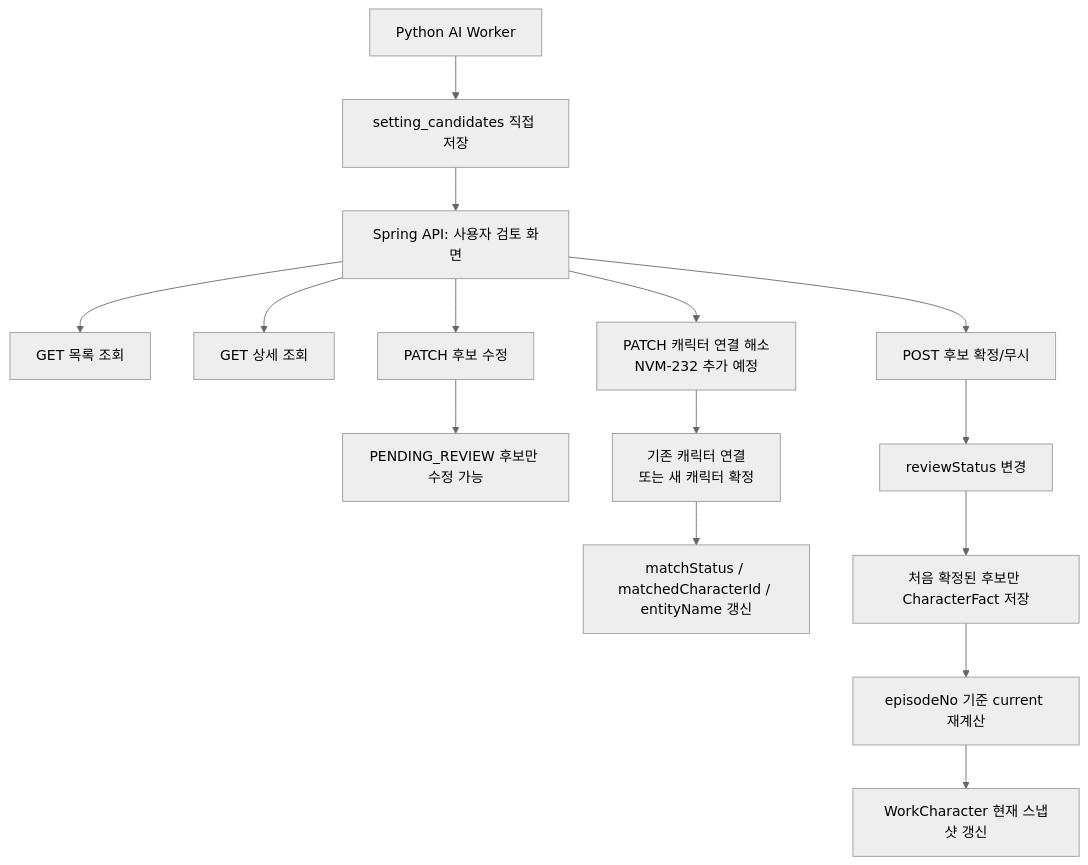
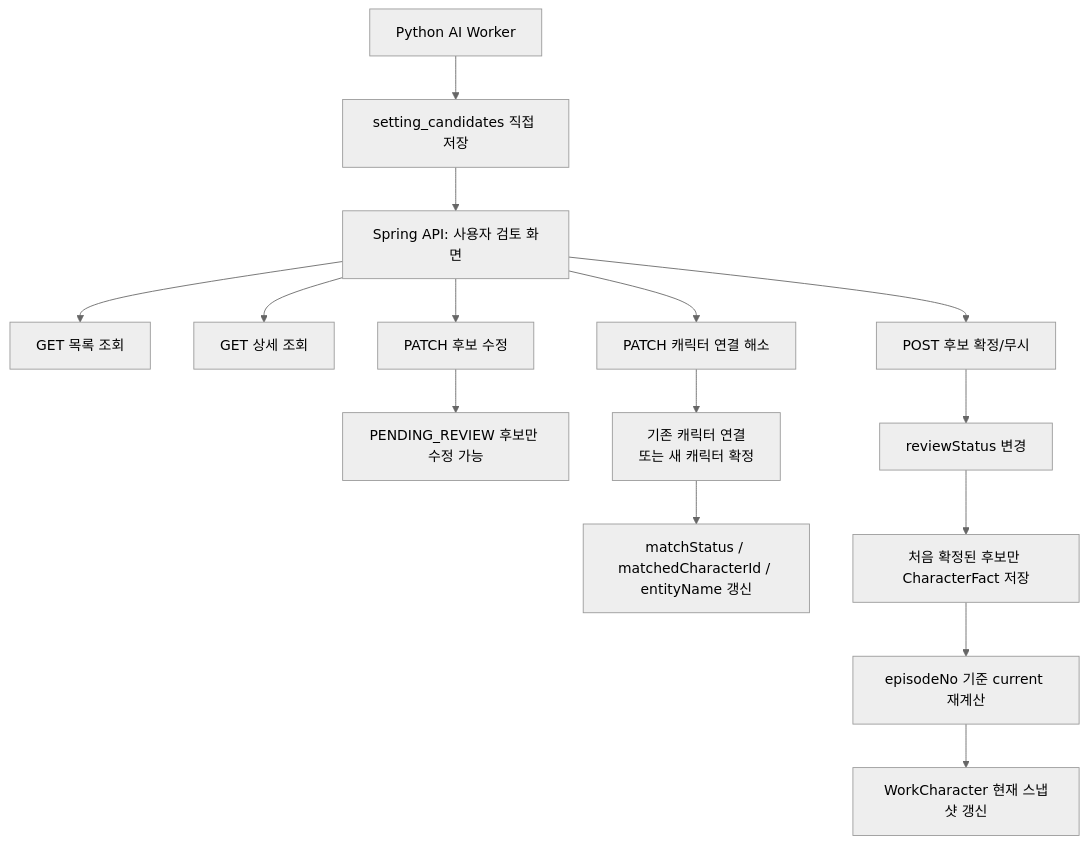
The first of 7 diagrams in docs/character.md (catchhole-soma/catchhole-backend-java), drawn with Mermaid (neutral theme) before and after one commit. The commit also changed other lines of this file and 11 other files, not shown here.

````diff
--- a/docs/character.md
+++ b/docs/character.md
@@ -323,19 +329,19 @@
 ```mermaid
 flowchart TD
     A["Python AI Worker"] --> B["setting_candidates 직접 저장"]
     B --> C["Spring API: 사용자 검토 화면"]
 
     C --> D["GET 목록 조회"]
     C --> E["GET 상세 조회"]
     C --> F["PATCH 후보 수정"]
-    C --> M["PATCH 캐릭터 연결 해소<br/>NVM-232 추가 예정"]
+    C --> M["PATCH 캐릭터 연결 해소"]
     C --> G["POST 후보 확정/무시"]
 
     F --> H["PENDING_REVIEW 후보만 수정 가능"]
     M --> N["기존 캐릭터 연결<br/>또는 새 캐릭터 확정"]
     N --> O["matchStatus / matchedCharacterId / entityName 갱신"]
     G --> I["reviewStatus 변경"]
     I --> J["처음 확정된 후보만 CharacterFact 저장"]
     J --> K["episodeNo 기준 current 재계산"]
     K --> L["WorkCharacter 현재 스냅샷 갱신"]
 ```
````
